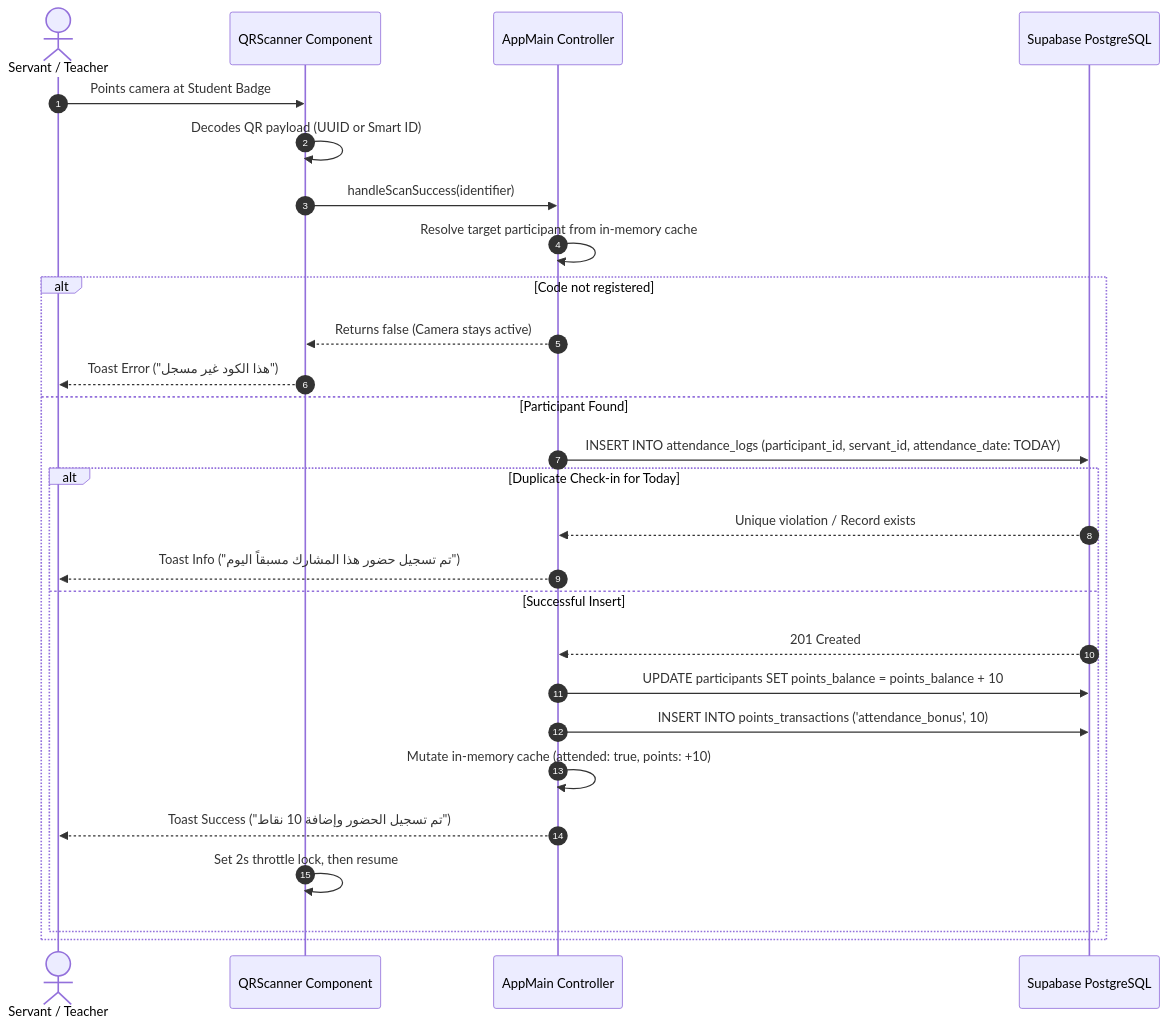
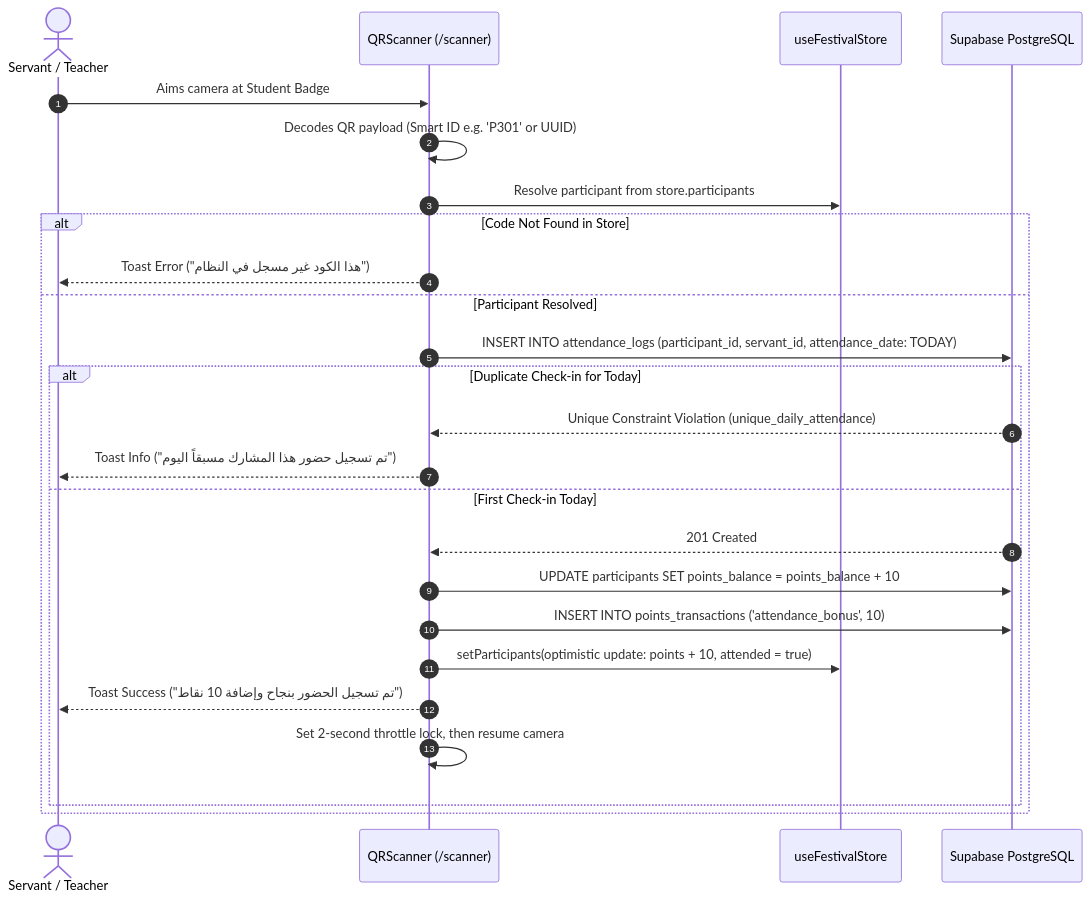
One commit to BavlyPeter/Aribsalin changed the second of 7 diagrams in MD/ARIBSALIN-DOCUMENTATION.md. Above: the diagram before and after it, drawn with Mermaid. The commit also changed other lines of this file and 22 other files, not shown here.

````diff
--- a/MD/ARIBSALIN-DOCUMENTATION.md
+++ b/MD/ARIBSALIN-DOCUMENTATION.md
@@ -272,30 +291,28 @@
 ```mermaid
 sequenceDiagram
     autonumber
     actor Servant as Servant / Teacher
-    participant Scanner as QRScanner Component
-    participant App as AppMain Controller
+    participant Scanner as QRScanner (/scanner)
+    participant Store as useFestivalStore
     participant DB as Supabase PostgreSQL
 
-    Servant->>Scanner: Points camera at Student Badge
-    Scanner->>Scanner: Decodes QR payload (UUID or Smart ID)
-    Scanner->>App: handleScanSuccess(identifier)
-    App->>App: Resolve target participant from in-memory cache
-    alt Code not registered
-        App-->>Scanner: Returns false (Camera stays active)
-        Scanner-->>Servant: Toast Error ("هذا الكود غير مسجل")
-    else Participant Found
-        App->>DB: INSERT INTO attendance_logs (participant_id, servant_id, attendance_date: TODAY)
+    Servant->>Scanner: Aims camera at Student Badge
+    Scanner->>Scanner: Decodes QR payload (Smart ID e.g. 'P301' or UUID)
+    Scanner->>Store: Resolve participant from store.participants
+    alt Code Not Found in Store
+        Scanner-->>Servant: Toast Error ("هذا الكود غير مسجل في النظام")
+    else Participant Resolved
+        Scanner->>DB: INSERT INTO attendance_logs (participant_id, servant_id, attendance_date: TODAY)
         alt Duplicate Check-in for Today
-            DB-->>App: Unique violation / Record exists
-            App-->>Servant: Toast Info ("تم تسجيل حضور هذا المشارك مسبقاً اليوم")
-        else Successful Insert
-            DB-->>App: 201 Created
-            App->>DB: UPDATE participants SET points_balance = points_balance + 10
-            App->>DB: INSERT INTO points_transactions ('attendance_bonus', 10)
-            App->>App: Mutate in-memory cache (attended: true, points: +10)
-            App-->>Servant: Toast Success ("تم تسجيل الحضور وإضافة 10 نقاط")
-            Scanner->>Scanner: Set 2s throttle lock, then resume
+            DB-->>Scanner: Unique Constraint Violation (unique_daily_attendance)
+            Scanner-->>Servant: Toast Info ("تم تسجيل حضور هذا المشارك مسبقاً اليوم")
+        else First Check-in Today
+            DB-->>Scanner: 201 Created
+            Scanner->>DB: UPDATE participants SET points_balance = points_balance + 10
+            Scanner->>DB: INSERT INTO points_transactions ('attendance_bonus', 10)
+            Scanner->>Store: setParticipants(optimistic update: points + 10, attended = true)
+            Scanner-->>Servant: Toast Success ("تم تسجيل الحضور بنجاح وإضافة 10 نقاط")
+            Scanner->>Scanner: Set 2-second throttle lock, then resume camera
         end
     end
 ```
````
